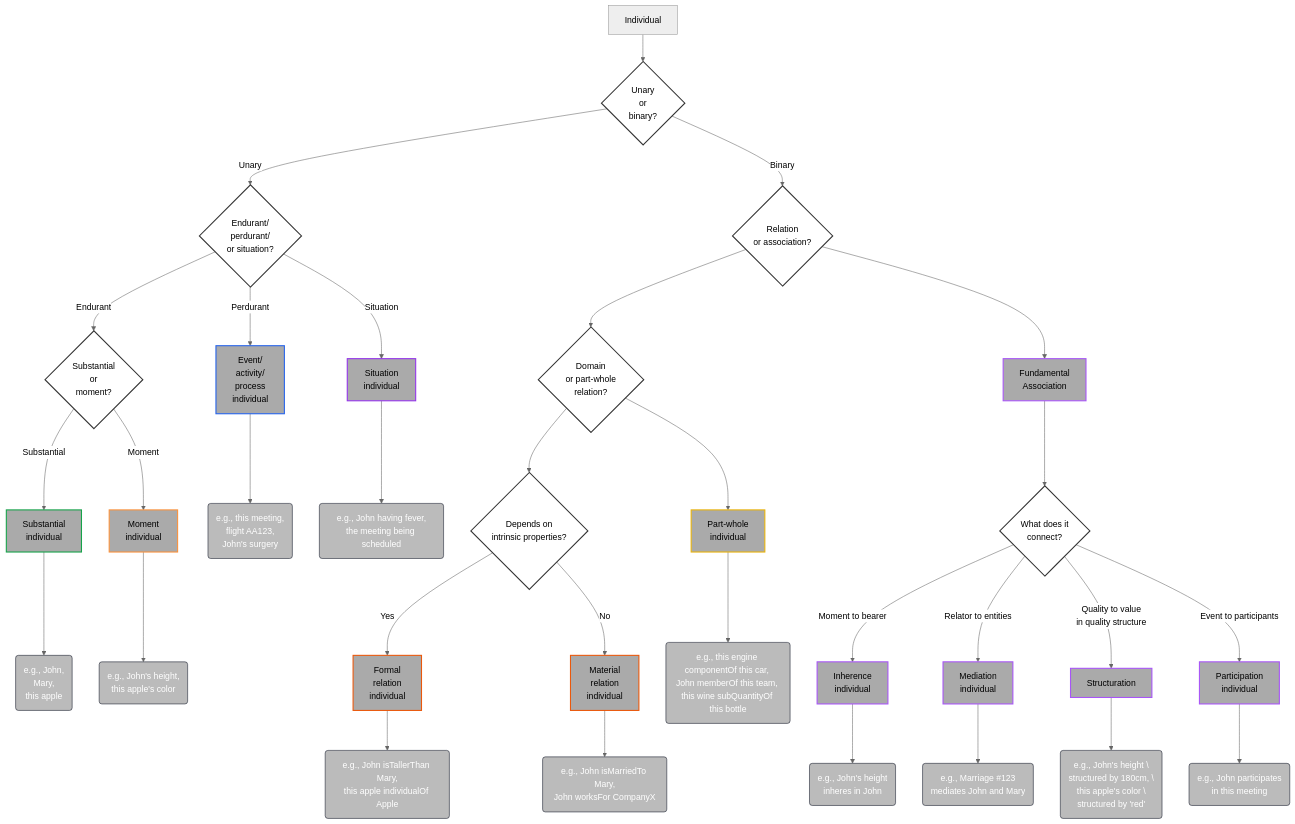
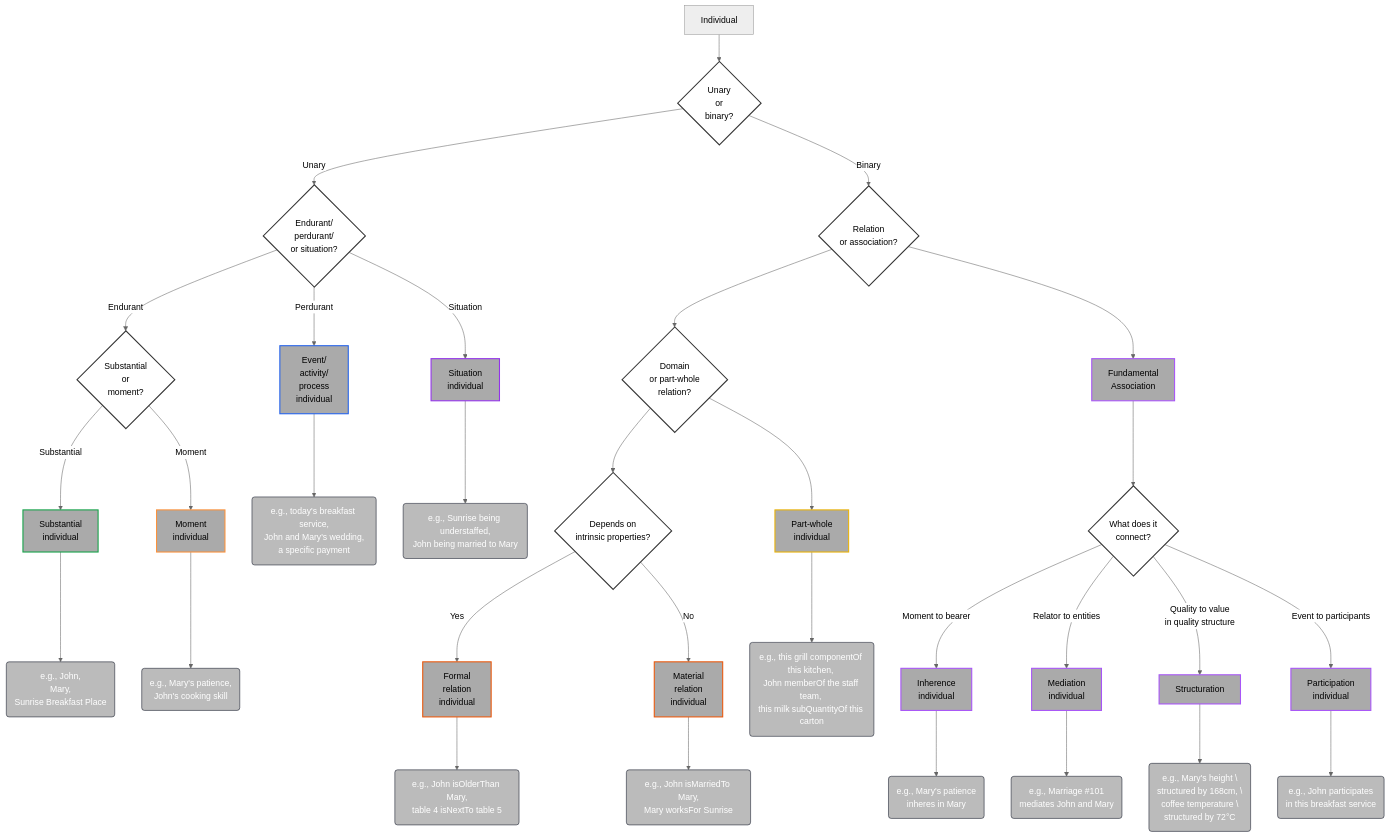
Before and after one commit to spdrnl/UFO-Modeling-Decision-Tree: the diagram in decision-tree/01-Individual.mermaid, drawn with Mermaid (neutral theme). The commit also changed 29 other files, not shown here.

```diff
--- a/decision-tree/01-Individual.mermaid
+++ b/decision-tree/01-Individual.mermaid
@@ -1,88 +1,88 @@
 flowchart TD
     A[Individual] --> I_UB{Unary \nor \nbinary?}
 
     %% UNARY INDIVIDUALS
     I_UB -->|Unary| I0{Endurant/\nperdurant/\nor situation?}
 
     I0 -->|Endurant| IE{Substantial \nor \nmoment?}
     I0 -->|Perdurant| IP[Event/\nactivity/\nprocess\nindividual]
     I0 -->|Situation| ISIT[Situation\nindividual]
 
     IE -->|Substantial| IES[Substantial\nindividual]
     IE -->|Moment| IIM[Moment\nindividual]
 
     %% BINARY INDIVIDUALS (RELATIONS/ASSOCIATIONS)
     I_UB -->|Binary| ROA{"Relation \nor association?"}
 
     ROA --> DOPR{"Domain \nor part-whole \nrelation?"}
     ROA --> FA["Fundamental \nAssociation"]
 
     %% DOMAIN RELATIONS - INDIVIDUAL LEVEL
     DOPR --> DR{Depends on \nintrinsic properties?}
     DR -->|Yes| FORI[Formal \nrelation\nindividual]
     DR -->|No| MATI[Material \nrelation\nindividual]
 
     %% PART-WHOLE RELATIONS - INDIVIDUAL LEVEL
     DOPR --> PWI[Part-whole \nindividual]
 
     %% FUNDAMENTAL ASSOCIATIONS - INDIVIDUAL LEVEL
     FA --> FA1{What does it \nconnect?}
     FA1 -->|Moment to bearer| INHER[Inherence\nindividual]
     FA1 -->|Relator to entities| MEDI[Mediation\nindividual]
     FA1 -->|Quality to value\nin quality structure| STRU[Structuration]
     FA1 -->|Event to participants| PARTI[Participation\nindividual]
 
     %% EXAMPLES
-    IES_ex("e.g., John,\nMary,\nthis apple"):::example
+    IES_ex("e.g., John,\nMary,\nSunrise Breakfast Place"):::example
     IES --> IES_ex
 
-    IIM_ex("e.g., John's height,\nthis apple's color"):::example
+    IIM_ex("e.g., Mary's patience,\nJohn's cooking skill"):::example
     IIM --> IIM_ex
 
-    IP_ex("e.g., this meeting,\nflight AA123,\nJohn's surgery"):::example
+    IP_ex("e.g., today's breakfast service,\nJohn and Mary's wedding,\na specific payment"):::example
     IP --> IP_ex
 
-    ISIT_ex("e.g., John having fever,\nthe meeting being scheduled"):::example
+    ISIT_ex("e.g., Sunrise being understaffed,\nJohn being married to Mary"):::example
     ISIT --> ISIT_ex
 
-    FORI_ex("e.g., John isTallerThan Mary,\nthis apple individualOf Apple"):::example
+    FORI_ex("e.g., John isOlderThan Mary,\ntable 4 isNextTo table 5"):::example
     FORI --> FORI_ex
 
-    MATI_ex("e.g., John isMarriedTo Mary,\nJohn worksFor CompanyX"):::example
+    MATI_ex("e.g., John isMarriedTo Mary,\nMary worksFor Sunrise"):::example
     MATI --> MATI_ex
 
-    INHER_ex("e.g., John's height \ninheres in John"):::example
+    INHER_ex("e.g., Mary's patience \ninheres in Mary"):::example
     INHER --> INHER_ex
 
-    MEDI_ex("e.g., Marriage #123 \nmediates John and Mary"):::example
+    MEDI_ex("e.g., Marriage #101 \nmediates John and Mary"):::example
     MEDI --> MEDI_ex
 
-    STRU_ex("e.g., John's height \\nstructured by 180cm, \\nthis apple's color \\nstructured by 'red'"):::example
+    STRU_ex("e.g., Mary's height \\nstructured by 168cm, \\ncoffee temperature \\nstructured by 72°C"):::example
     STRU --> STRU_ex
 
-    PARTI_ex("e.g., John participates \nin this meeting"):::example
+    PARTI_ex("e.g., John participates \nin this breakfast service"):::example
     PARTI --> PARTI_ex
 
-    PWI_ex("e.g., this engine componentOf this car, \nJohn memberOf this team, \nthis wine subQuantityOf this bottle"):::example
+    PWI_ex("e.g., this grill componentOf this kitchen, \nJohn memberOf the staff team, \nthis milk subQuantityOf this carton"):::example
     PWI --> PWI_ex
 
     %% CLASSES
     classDef example fill:#BBBBBB,stroke:#111827,stroke-width:1px,color:#fff;
     classDef generic fill:#ffffff,stroke:#333,stroke-width:2px,color:#000;
     classDef perdurant fill:#aaaaaa,stroke:#2563eb,stroke-width:2px,color:#000;
     classDef substantial fill:#aaaaaa,stroke:#16a34a,stroke-width:2px,color:#000;
     classDef intrinsic fill:#aaaaaa,stroke:#fb923c,stroke-width:2px,color:#000;
     classDef relator fill:#aaaaaa,stroke:#ea580c,stroke-width:2px,color:#000;
     classDef meronymic fill:#aaaaaa,stroke:#eab308,stroke-width:2px,color:#000;
     classDef fundamental fill:#aaaaaa,stroke:#a855f7,stroke-width:2px,color:#000;
     classDef situation fill:#aaaaaa,stroke:#9333ea,stroke-width:2px,color:#000;
 
     %% Apply styles
     class I_UB,I0,IE,ROA,DOPR,DR,PWI,FA1 generic;
     class IP perdurant;
     class IES substantial;
     class IIM intrinsic;
     class FORI,MATI relator;
     class PWI meronymic;
     class FA,INHER,MEDI,PARTI,STRU fundamental;
     class ISIT situation;
```
